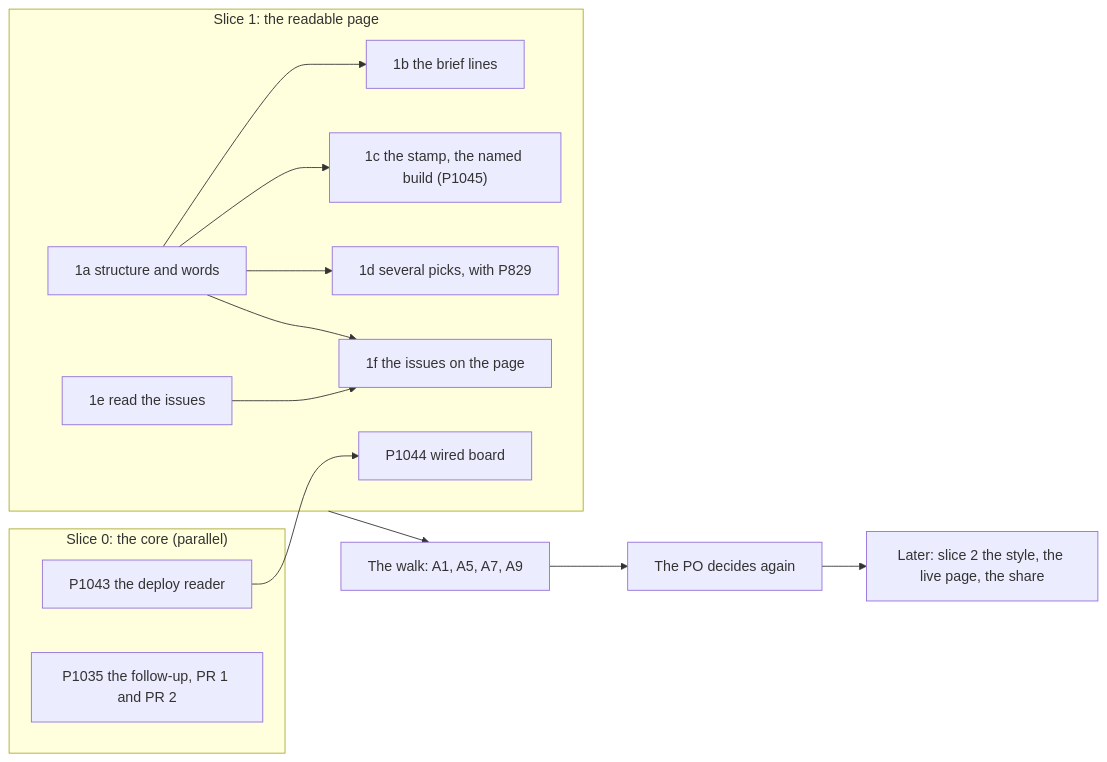
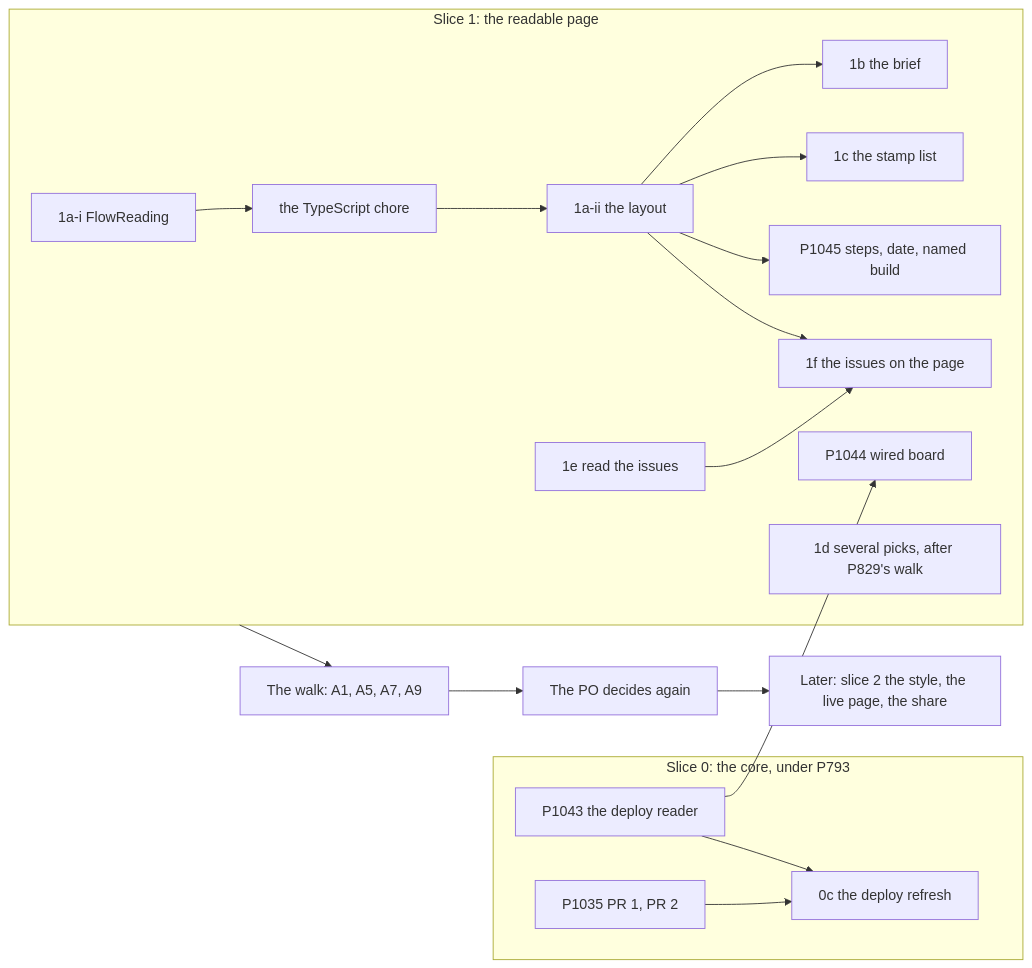
One commit to xmejkal/spark changed the fifth of 5 diagrams in docs/discovery/2026-11-23-p1038-page-design/design.md. Above: the diagram before and after it, drawn with Mermaid. The commit also changed other lines of this file and 1 other file, not shown here.

Commit message:
P1038 design: revised after round 1, with the delegated council's answers (Q-A to Q-G) and D29 TypeScript

````diff
--- a/docs/discovery/2026-11-23-p1038-page-design/design.md
+++ b/docs/discovery/2026-11-23-p1038-page-design/design.md
@@ -265,18 +323,20 @@
 ```mermaid
 flowchart LR
-  subgraph s0["Slice 0: the core (parallel)"]
-    a["P1043 the deploy reader"]
-    b["P1035 the follow-up, PR 1 and PR 2"]
+  subgraph s0["Slice 0: the core, under P793"]
+    a["P1035 PR 1, PR 2"] --> z["0c the deploy refresh"]
+    b["P1043 the deploy reader"] --> z
   end
   subgraph s1["Slice 1: the readable page"]
-    c["1a structure and words"] --> d["1b the brief lines"]
-    c --> e["1c the stamp, the named build (P1045)"]
-    c --> g["1d several picks, with P829"]
+    c["1a-i FlowReading"] --> t["the TypeScript chore"] --> d["1a-ii the layout"]
+    d --> e["1b the brief"]
+    d --> f["1c the stamp list"]
+    d --> g["P1045 steps, date, named build"]
     h["1e read the issues"] --> i["1f the issues on the page"]
-    c --> i
-    f["P1044 wired board"]
+    d --> i
+    k["P1044 wired board"]
+    m["1d several picks, after P829's walk"]
   end
-  a --> f
+  b --> k
   s1 --> w["The walk: A1, A5, A7, A9"] --> p["The PO decides again"]
   p --> l["Later: slice 2 the style, the live page, the share"]
 ```
````
